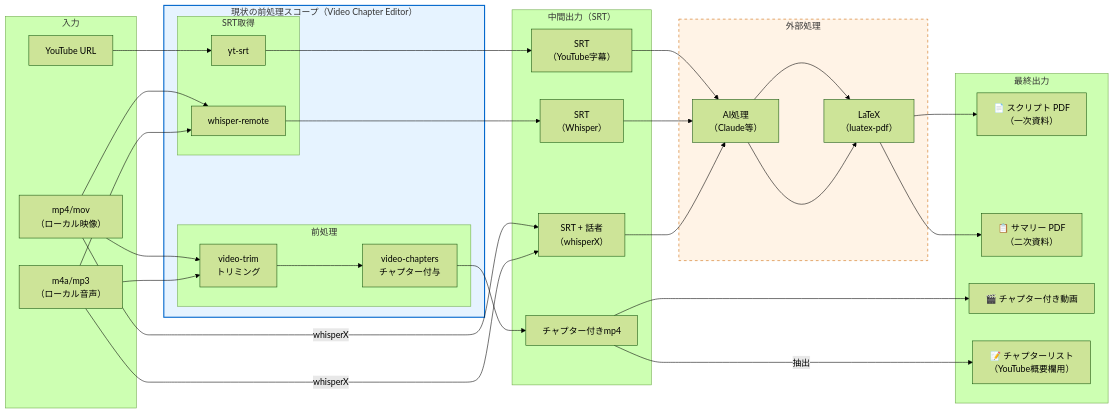
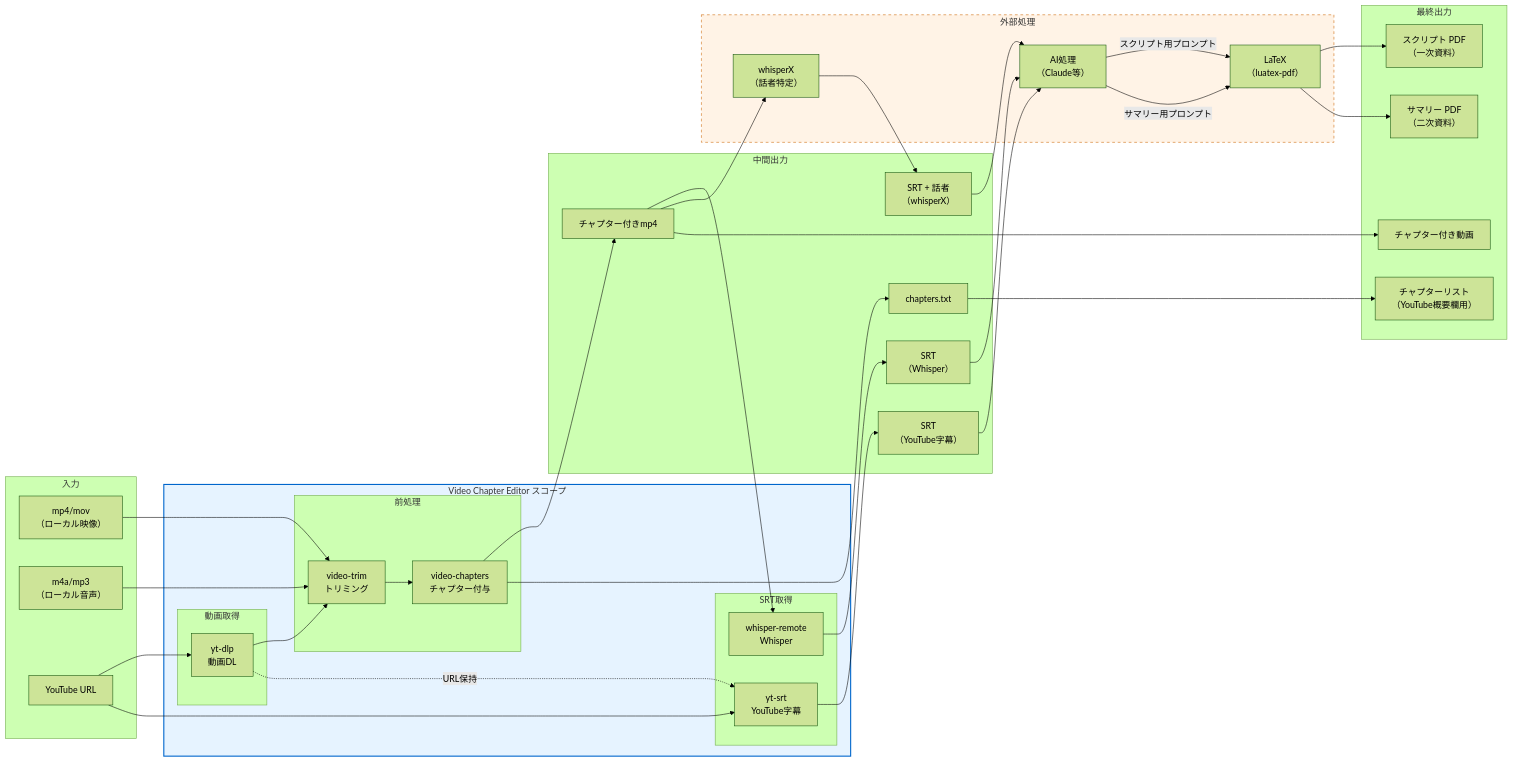
One commit to mashi727/media-scribe-workflow changed the first of 21 diagrams in docs/workflow-diagrams.md. Above: the diagram before and after it, drawn with Mermaid (forest theme). The commit also changed other lines of this file and 1 other file, not shown here.

Commit message:
Refine artifact transformation diagram
- Add yt-dlp for YouTube video download
- All inputs now flow through Video Chapter Editor scope
- Add chapters.txt as intermediate output
- Whisper input now comes from processed mp4 (not raw input)
- whisperX moved to external processing
- Distinguish script vs summary prompts in AI processing
- Update artifact list table with scope classification

🤖 Generated with [Claude Code](https://claude.com/claude-code)

````diff
--- a/docs/workflow-diagrams.md
+++ b/docs/workflow-diagrams.md
@@ -7,69 +7,81 @@
 ```mermaid
 flowchart LR
     subgraph INPUT["入力"]
         I1["mp4/mov<br>（ローカル映像）"]
         I2["m4a/mp3<br>（ローカル音声）"]
         I3["YouTube URL"]
     end
 
-    subgraph SCOPE["現状の前処理スコープ（Video Chapter Editor）"]
+    subgraph SCOPE["Video Chapter Editor スコープ"]
+        subgraph DOWNLOAD["動画取得"]
+            D1["yt-dlp<br>動画DL"]
+        end
+
         subgraph PREPROCESS["前処理"]
             P1["video-trim<br>トリミング"]
             P2["video-chapters<br>チャプター付与"]
         end
 
         subgraph SRT_ACQ["SRT取得"]
-            S1["yt-srt"]
-            S2["whisper-remote"]
+            S1["yt-srt<br>YouTube字幕"]
+            S2["whisper-remote<br>Whisper"]
         end
     end
 
-    subgraph MIDDLE["中間出力（SRT）"]
+    subgraph MIDDLE["中間出力"]
         M1["SRT<br>（YouTube字幕）"]
         M2["SRT<br>（Whisper）"]
         M3["SRT + 話者<br>（whisperX）"]
         M4["チャプター付きmp4"]
+        M5["chapters.txt"]
     end
 
     subgraph EXTERNAL["外部処理"]
+        E1["whisperX<br>（話者特定）"]
         E2["AI処理<br>（Claude等）"]
         E3["LaTeX<br>（luatex-pdf）"]
     end
 
     subgraph OUTPUT["最終出力"]
-        O1["📄 スクリプト PDF<br>（一次資料）"]
-        O2["📋 サマリー PDF<br>（二次資料）"]
-        O3["🎬 チャプター付き動画"]
-        O4["📝 チャプターリスト<br>（YouTube概要欄用）"]
+        O1["スクリプト PDF<br>（一次資料）"]
+        O2["サマリー PDF<br>（二次資料）"]
+        O3["チャプター付き動画"]
+        O4["チャプターリスト<br>（YouTube概要欄用）"]
     end
 
-    %% 入力 → 前処理
+    %% 入力 → 動画取得
+    I3 --> D1
+
+    %% 入力/動画取得 → 前処理
     I1 --> P1
     I2 --> P1
+    D1 --> P1
     P1 --> P2
 
-    %% 入力 → SRT取得
+    %% 前処理 → 中間出力（動画・チャプター）
+    P2 --> M4
+    P2 --> M5
+
+    %% SRT取得（YouTube字幕）
     I3 --> S1 --> M1
-    I1 --> S2 --> M2
-    I2 --> S2
+    D1 -.->|URL保持| S1
 
-    %% 話者特定（オプション）
-    I1 -->|whisperX| M3
-    I2 -->|whisperX| M3
+    %% SRT取得（Whisper）
+    M4 --> S2 --> M2
 
-    %% 前処理 → 中間出力（動画）
-    P2 --> M4
+    %% 話者特定（外部・オプション）
+    M4 --> E1 --> M3
 
     %% 中間出力 → 外部処理 → 最終出力
     M1 --> E2
     M2 --> E2
     M3 --> E2
-    E2 --> E3 --> O1
-    E2 --> E3 --> O2
+    E2 -->|スクリプト用プロンプト| E3 --> O1
+    E2 -->|サマリー用プロンプト| E3 --> O2
     M4 --> O3
-    M4 -->|抽出| O4
+    M5 --> O4
 
     %% スタイル
     style SCOPE fill:#e6f3ff,stroke:#0066cc,stroke-width:2px
     style EXTERNAL fill:#fff3e6,stroke:#cc6600,stroke-width:1px,stroke-dasharray: 5 5
 ```
````
